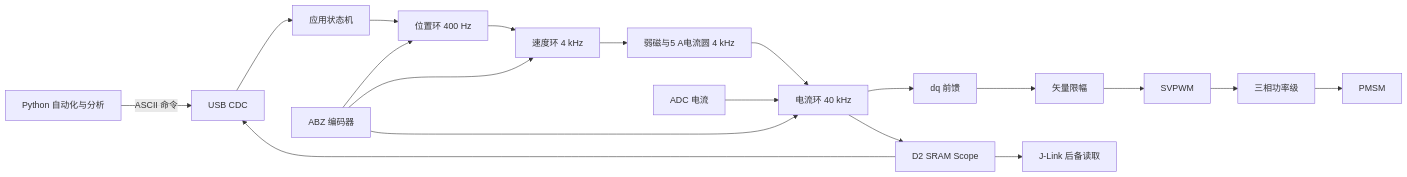
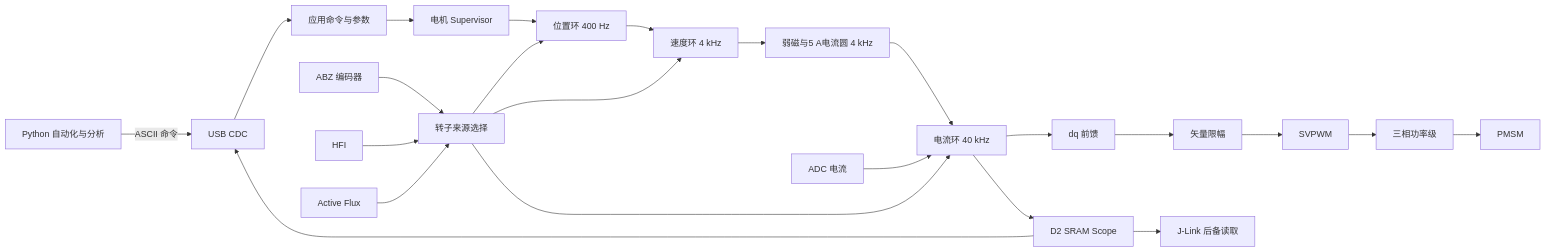
Before and after one commit to TodayRainy/STM32H743-FOC-Control-Lab: the diagram in README.md, drawn with Mermaid. The commit also changed other lines of this file and 9 other files, not shown here.

```diff
--- a/README.md
+++ b/README.md
@@ -25,21 +25,25 @@
 ~~~mermaid
 flowchart LR
     PC[Python 自动化与分析] -->|ASCII 命令| USB[USB CDC]
-    USB --> APP[应用状态机]
-    APP --> POS[位置环 400 Hz]
+    USB --> APP[应用命令与参数]
+    APP --> SUP[电机 Supervisor]
+    SUP --> POS[位置环 400 Hz]
     POS --> SPD[速度环 4 kHz]
     SPD --> FW[弱磁与5 A电流圆 4 kHz]
     FW --> CUR[电流环 40 kHz]
     ADC[ADC 电流] --> CUR
-    ENC[ABZ 编码器] --> POS
-    ENC --> SPD
-    ENC --> CUR
+    ENC[ABZ 编码器] --> ROTOR[转子来源选择]
+    HFI[HFI] --> ROTOR
+    AF[Active Flux] --> ROTOR
+    ROTOR --> POS
+    ROTOR --> SPD
+    ROTOR --> CUR
     CUR --> FF[dq 前馈]
     FF --> LIM[矢量限幅]
     LIM --> PWM[SVPWM]
     PWM --> INV[三相功率级]
     INV --> PMSM[PMSM]
     CUR --> SCOPE[D2 SRAM Scope]
     SCOPE --> USB
     SCOPE --> JLINK[J-Link 后备读取]
 ~~~
```
